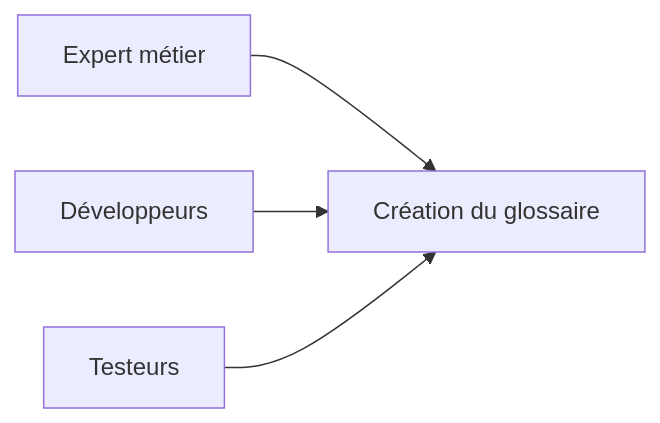
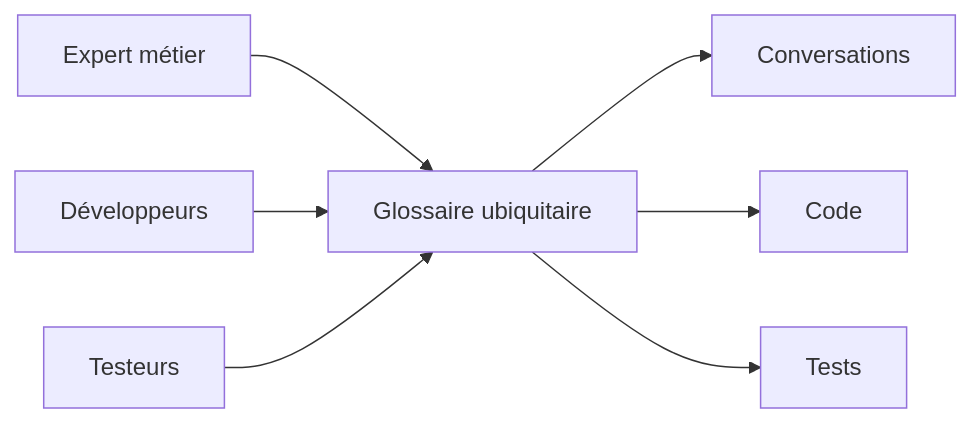
Before and after one commit to Tan-Software/domain-driven-design: the fourth of 11 diagrams in README.md, drawn with Mermaid. The commit also changed other lines of this file, not shown here.

First line of the commit message:
docs: réécrire le mémo DDD avec terminologie d'Evans et exemples de code

````diff
--- a/README.md
+++ b/README.md
@@ -252,6 +152,9 @@
 ```mermaid
 graph LR
-A[Expert métier] --> B[Création du glossaire]
+A[Expert métier] --> B[Glossaire ubiquitaire]
 C[Développeurs] --> B
 D[Testeurs] --> B
+B --> E[Conversations]
+B --> F[Code]
+B --> G[Tests]
 ```
````
